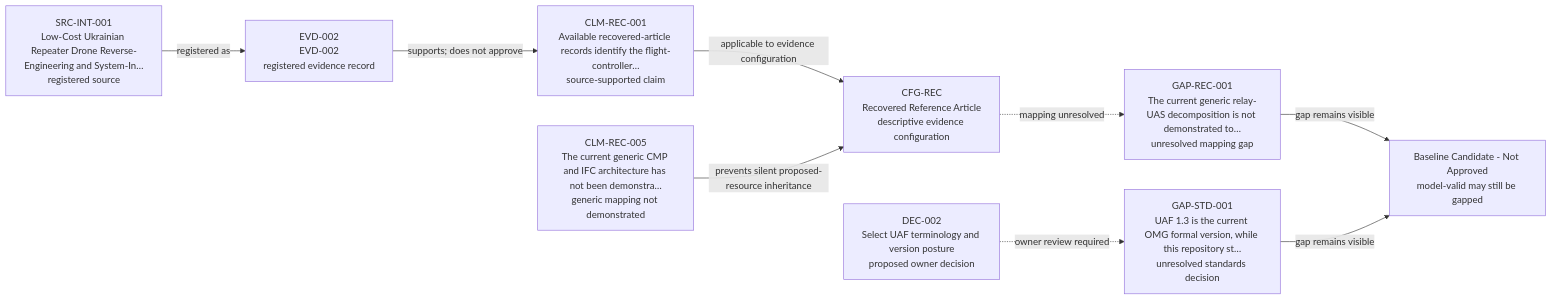
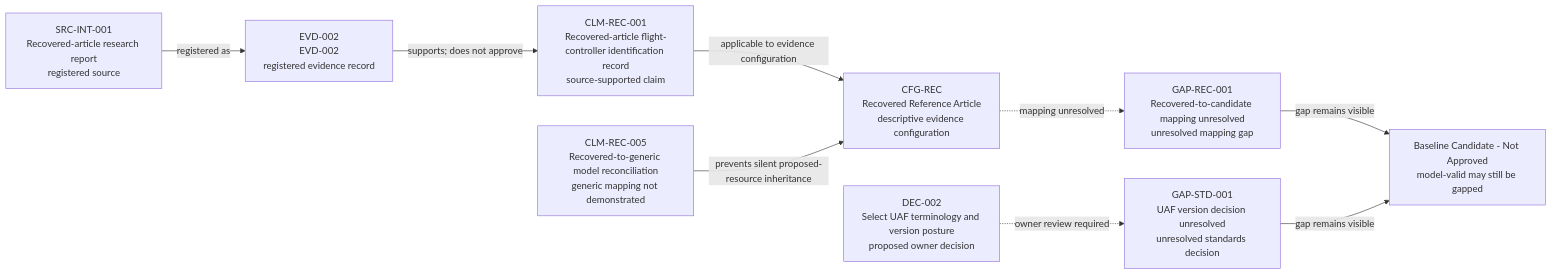
Diagram 17 of 17 in reports/architecture-views.md (noahstephenson/low-cost-relay-uas), drawn with Mermaid before and after one commit. The commit also changed other lines of this file and 28 other files, not shown here.

Commit message:
Simplify and consolidate architecture repository

````diff
--- a/reports/architecture-views.md
+++ b/reports/architecture-views.md
@@ -462,21 +428,21 @@
 ```mermaid
 flowchart LR
     %% Configuration scope: Project governance; CFG-REC evidence semantics; all configurations remain not approved
-    SRC_INT_001["SRC-INT-001<br/>Low-Cost Ukrainian Repeater Drone Reverse-Engineering and System-In…<br/>registered source"]
+    SRC_INT_001["SRC-INT-001<br/>Recovered-article research report<br/>registered source"]
     EVD_002["EVD-002<br/>EVD-002<br/>registered evidence record"]
-    CLM_REC_001["CLM-REC-001<br/>Available recovered-article records identify the flight-controller…<br/>source-supported claim"]
+    CLM_REC_001["CLM-REC-001<br/>Recovered-article flight-controller identification record<br/>source-supported claim"]
     CFG_REC["CFG-REC<br/>Recovered Reference Article<br/>descriptive evidence configuration"]
-    CLM_REC_005["CLM-REC-005<br/>The current generic CMP and IFC architecture has not been demonstra…<br/>generic mapping not demonstrated"]
-    GAP_REC_001["GAP-REC-001<br/>The current generic relay-UAS decomposition is not demonstrated to…<br/>unresolved mapping gap"]
+    CLM_REC_005["CLM-REC-005<br/>Recovered-to-generic model reconciliation<br/>generic mapping not demonstrated"]
+    GAP_REC_001["GAP-REC-001<br/>Recovered-to-candidate mapping unresolved<br/>unresolved mapping gap"]
     DEC_002["DEC-002<br/>Select UAF terminology and version posture<br/>proposed owner decision"]
-    GAP_STD_001["GAP-STD-001<br/>UAF 1.3 is the current OMG formal version, while this repository st…<br/>unresolved standards decision"]
+    GAP_STD_001["GAP-STD-001<br/>UAF version decision unresolved<br/>unresolved standards decision"]
     BASELINE["Baseline Candidate - Not Approved<br/>model-valid may still be gapped"]
     SRC_INT_001 -->|"registered as"| EVD_002
     EVD_002 -->|"supports; does not approve"| CLM_REC_001
     CLM_REC_001 -->|"applicable to evidence configuration"| CFG_REC
     CLM_REC_005 -->|"prevents silent proposed-resource inheritance"| CFG_REC
     CFG_REC -.->|"mapping unresolved"| GAP_REC_001
     DEC_002 -.->|"owner review required"| GAP_STD_001
     GAP_REC_001 -->|"gap remains visible"| BASELINE
     GAP_STD_001 -->|"gap remains visible"| BASELINE
 ```
````
